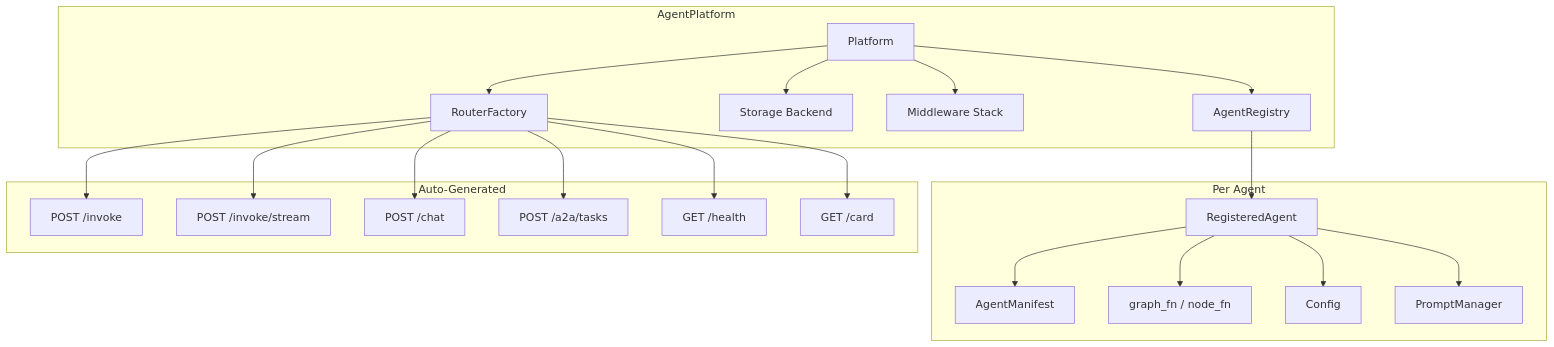
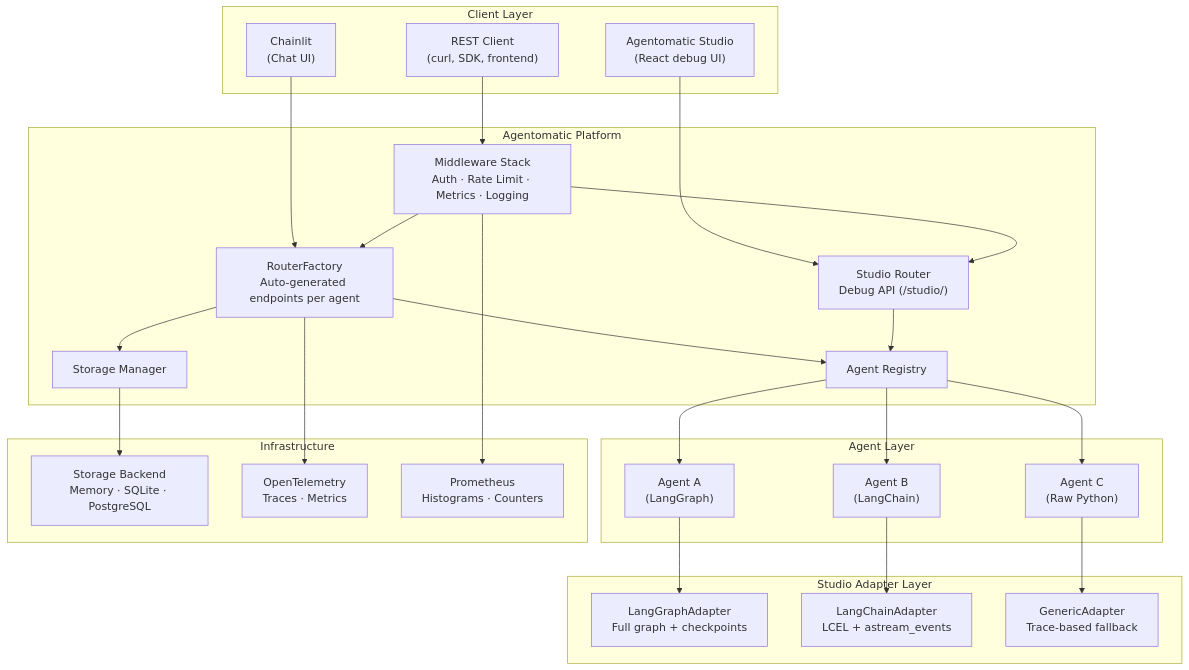
Before and after one commit to UnicoLab/agentomatic: the first of 3 diagrams in docs/architecture/overview.md, drawn with Mermaid. The commit also changed other lines of this file and 14 other files, not shown here.

````diff
--- a/docs/architecture/overview.md
+++ b/docs/architecture/overview.md
@@ -5,26 +9,52 @@
 ```mermaid
 graph TB
-    subgraph "AgentPlatform"
-        P[Platform] --> R[AgentRegistry]
-        P --> S[Storage Backend]
-        P --> MW[Middleware Stack]
-        P --> RF[RouterFactory]
+    subgraph "Client Layer"
+        CL["REST Client<br/>(curl, SDK, frontend)"]
+        ST["Agentomatic Studio<br/>(React debug UI)"]
+        CH["Chainlit<br/>(Chat UI)"]
     end
 
-    subgraph "Per Agent"
-        R --> A[RegisteredAgent]
-        A --> M[AgentManifest]
-        A --> G["graph_fn / node_fn"]
-        A --> C[Config]
-        A --> PM[PromptManager]
+    subgraph "Agentomatic Platform"
+        MW["Middleware Stack<br/>Auth · Rate Limit · Metrics · Logging"]
+        RF["RouterFactory<br/>Auto-generated endpoints per agent"]
+        SR["Studio Router<br/>Debug API (/studio/)"]
+        REG["Agent Registry"]
+        SM["Storage Manager"]
     end
 
-    subgraph "Auto-Generated"
-        RF --> E1["POST /invoke"]
-        RF --> E2["POST /invoke/stream"]
-        RF --> E3["POST /chat"]
-        RF --> E4["POST /a2a/tasks"]
-        RF --> E5["GET /health"]
-        RF --> E6["GET /card"]
+    subgraph "Agent Layer"
+        A1["Agent A<br/>(LangGraph)"]
+        A2["Agent B<br/>(LangChain)"]
+        A3["Agent C<br/>(Raw Python)"]
     end
+
+    subgraph "Studio Adapter Layer"
+        LGA["LangGraphAdapter<br/>Full graph + checkpoints"]
+        LCA["LangChainAdapter<br/>LCEL + astream_events"]
+        GA["GenericAdapter<br/>Trace-based fallback"]
+    end
+
+    subgraph "Infrastructure"
+        DB["Storage Backend<br/>Memory · SQLite · PostgreSQL"]
+        OT["OpenTelemetry<br/>Traces · Metrics"]
+        PM["Prometheus<br/>Histograms · Counters"]
+    end
+
+    CL --> MW
+    ST --> SR
+    CH --> RF
+    MW --> RF
+    MW --> SR
+    RF --> REG
+    SR --> REG
+    REG --> A1
+    REG --> A2
+    REG --> A3
+    A1 --> LGA
+    A2 --> LCA
+    A3 --> GA
+    RF --> SM
+    SM --> DB
+    RF --> OT
+    MW --> PM
 ```
````
